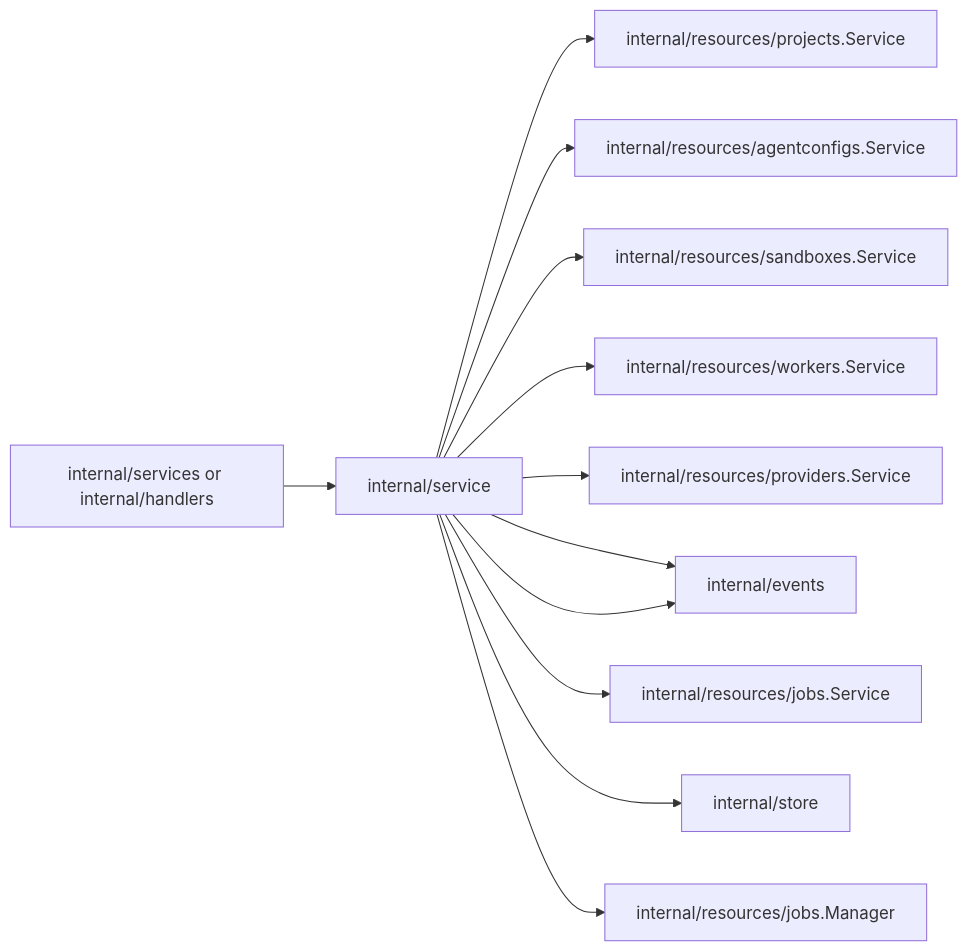
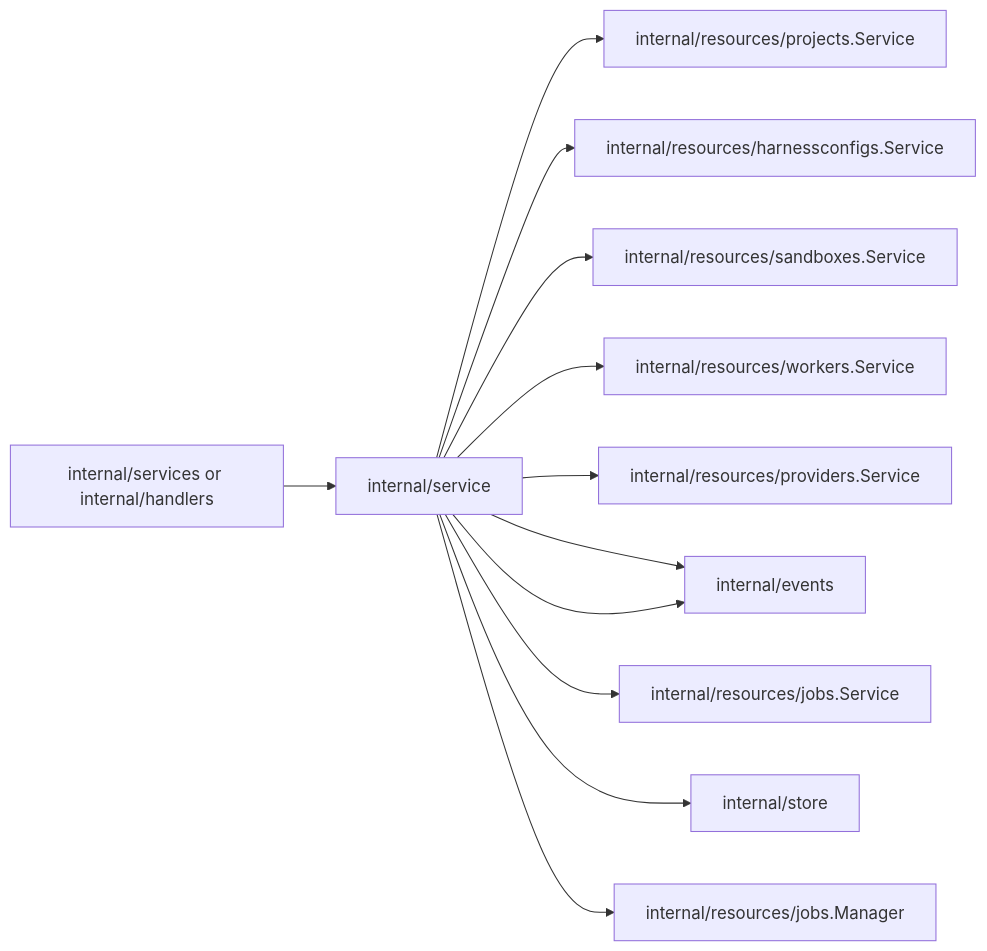
The first of 2 diagrams in server/internal/service/DESIGN.md (discobox-ai/discobox), drawn with Mermaid before and after one commit. The commit also changed other lines of this file and 162 other files, not shown here.

````diff
--- a/server/internal/service/DESIGN.md
+++ b/server/internal/service/DESIGN.md
@@ -9,14 +9,14 @@
 ```mermaid
 flowchart LR
     api[internal/services or internal/handlers] --> service[internal/service]
     service --> projects[internal/resources/projects.Service]
-    service --> agentconfigs[internal/resources/agentconfigs.Service]
+    service --> harnessconfigs[internal/resources/harnessconfigs.Service]
     service --> sandboxes[internal/resources/sandboxes.Service]
     service --> workers[internal/resources/workers.Service]
     service --> providers[internal/resources/providers.Service]
     service --> events[internal/resources/events.Service]
     service --> jobsvc[internal/resources/jobs.Service]
     service --> store[internal/store]
     service --> jobs[internal/resources/jobs.Manager]
     service --> events[internal/events]
 ```
````
